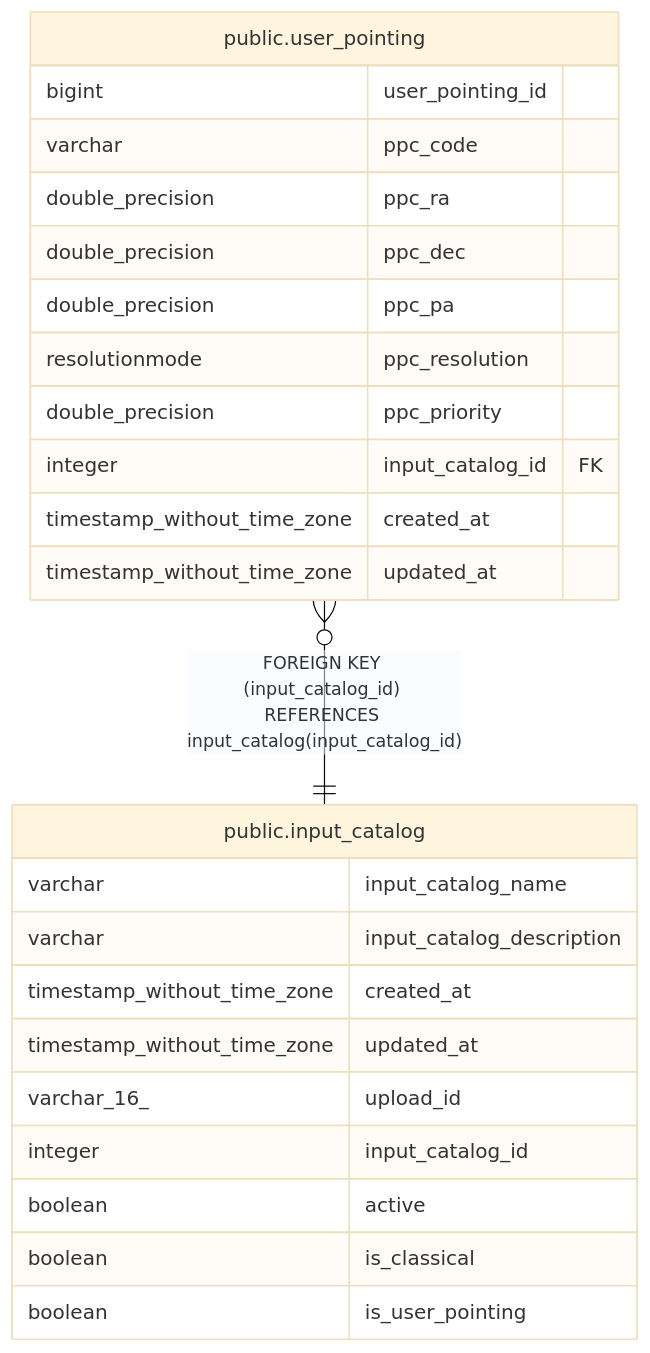
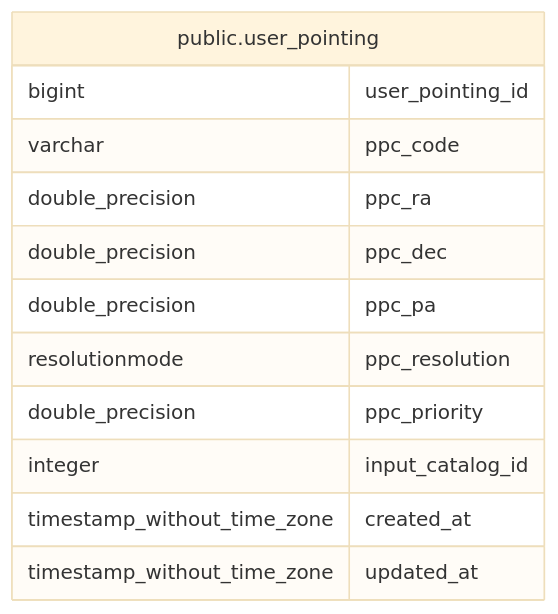
The diagram in docs/tbls/public.user_pointing.md (Subaru-PFS/ets_target_database), drawn with Mermaid (base theme) before and after one commit. The commit also changed other lines of this file and 14 other files, not shown here.

Commit message:
add alembic scripts and ER diagrams

````diff
--- a/docs/tbls/public.user_pointing.md
+++ b/docs/tbls/public.user_pointing.md
@@ -35,29 +34,17 @@
 ```mermaid
 erDiagram
 
-"public.user_pointing" }o--|| "public.input_catalog" : "FOREIGN KEY (input_catalog_id) REFERENCES input_catalog(input_catalog_id)"
 
 "public.user_pointing" {
   bigint user_pointing_id
   varchar ppc_code
   double_precision ppc_ra
   double_precision ppc_dec
   double_precision ppc_pa
   resolutionmode ppc_resolution
   double_precision ppc_priority
-  integer input_catalog_id FK
+  integer input_catalog_id
   timestamp_without_time_zone created_at
   timestamp_without_time_zone updated_at
 }
-"public.input_catalog" {
-  varchar input_catalog_name
-  varchar input_catalog_description
-  timestamp_without_time_zone created_at
-  timestamp_without_time_zone updated_at
-  varchar_16_ upload_id
-  integer input_catalog_id
-  boolean active
-  boolean is_classical
-  boolean is_user_pointing
-}
 ```
````
